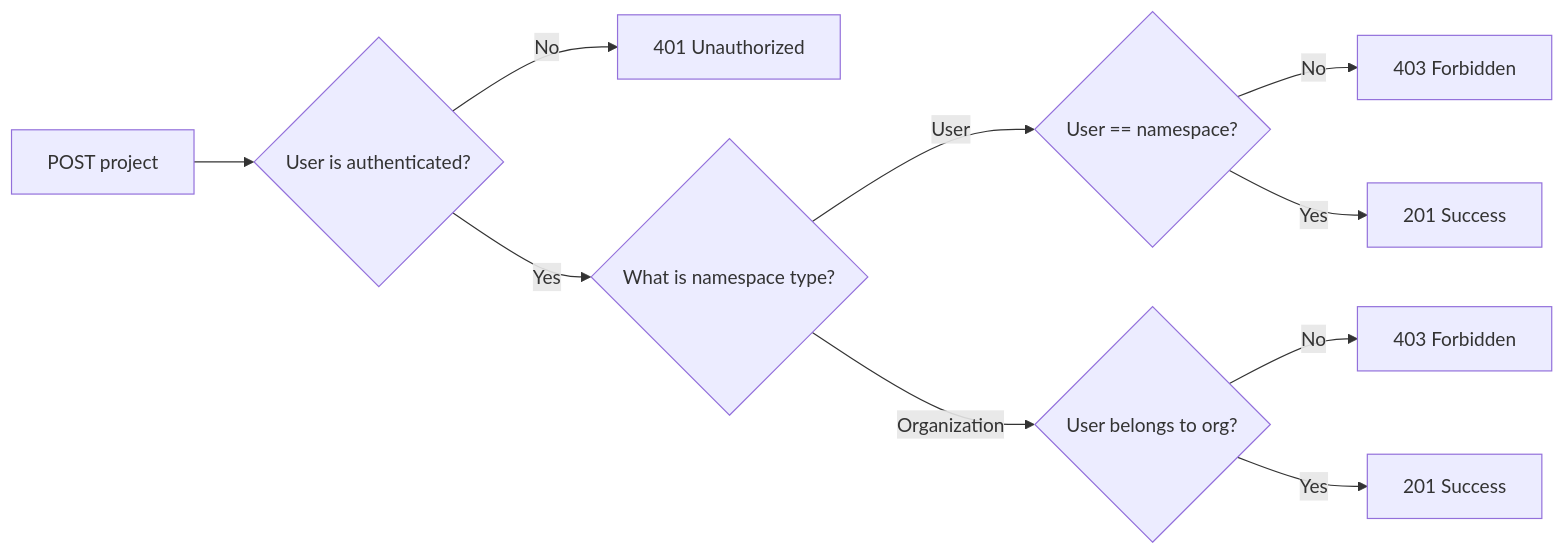
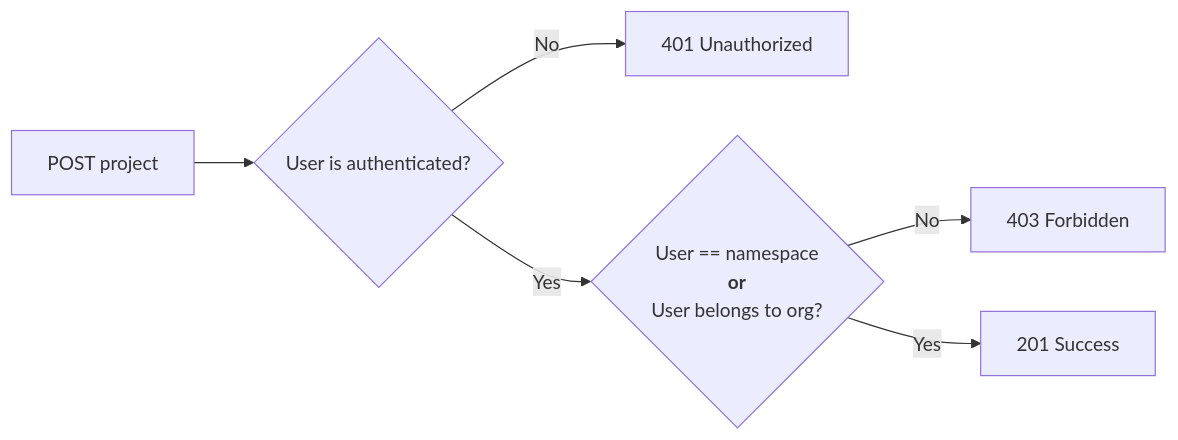
Before and after one commit to pepkit/pephub: the second of 3 diagrams in docs/authentication.md, drawn with Mermaid. The commit also changed other lines of this file, not shown here.

Commit message:
merge update and delete flows

````diff
--- a/docs/authentication.md
+++ b/docs/authentication.md
@@ -28,13 +28,8 @@
 ```mermaid
 flowchart LR
     A[POST project] --> B{User is authenticated?}
     B -- No --> C[401 Unauthorized]
-    B -- Yes --> D{What is namespace type?}
-    D -- User --> E{User == namespace?}
-    E -- No --> F[403 Forbidden]
-    E -- Yes--> G[201 Success]
-    D -- Organization --> H{User belongs to org?}
-    H -- No --> I[403 Forbidden]
-    H -- Yes --> J[201 Success]
-    
+    B -- Yes --> D{User == namespace <br/><b>or</b><br/> User belongs to org?}
+    D -- No --> I[403 Forbidden]
+    D -- Yes --> J[201 Success] 
 ```
````
